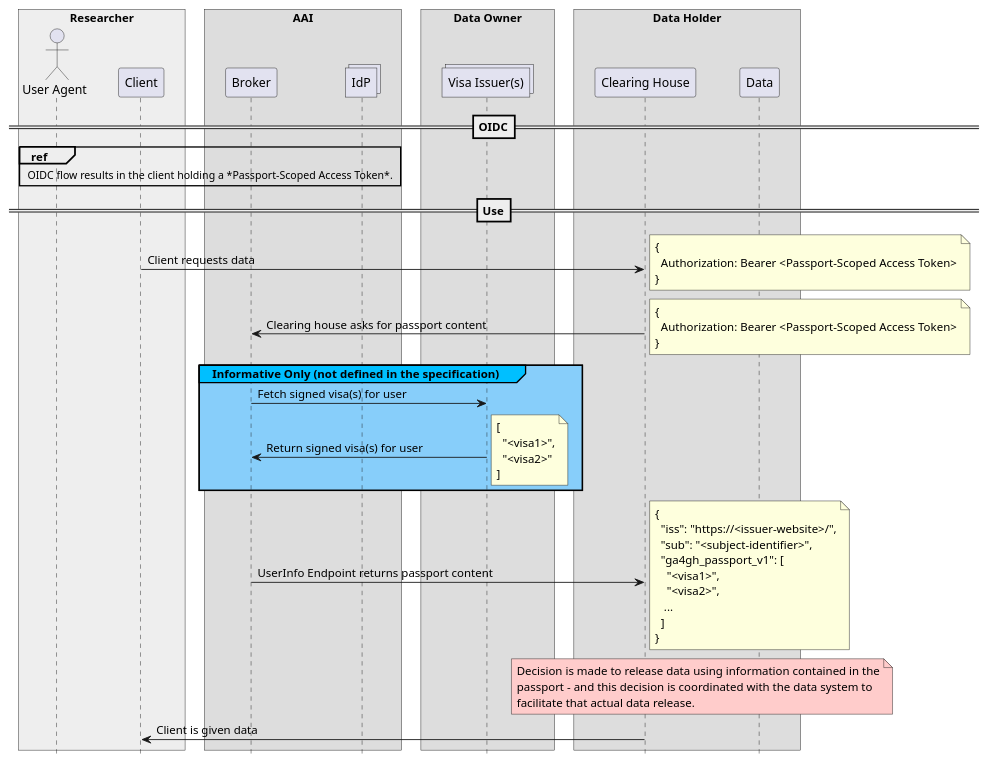
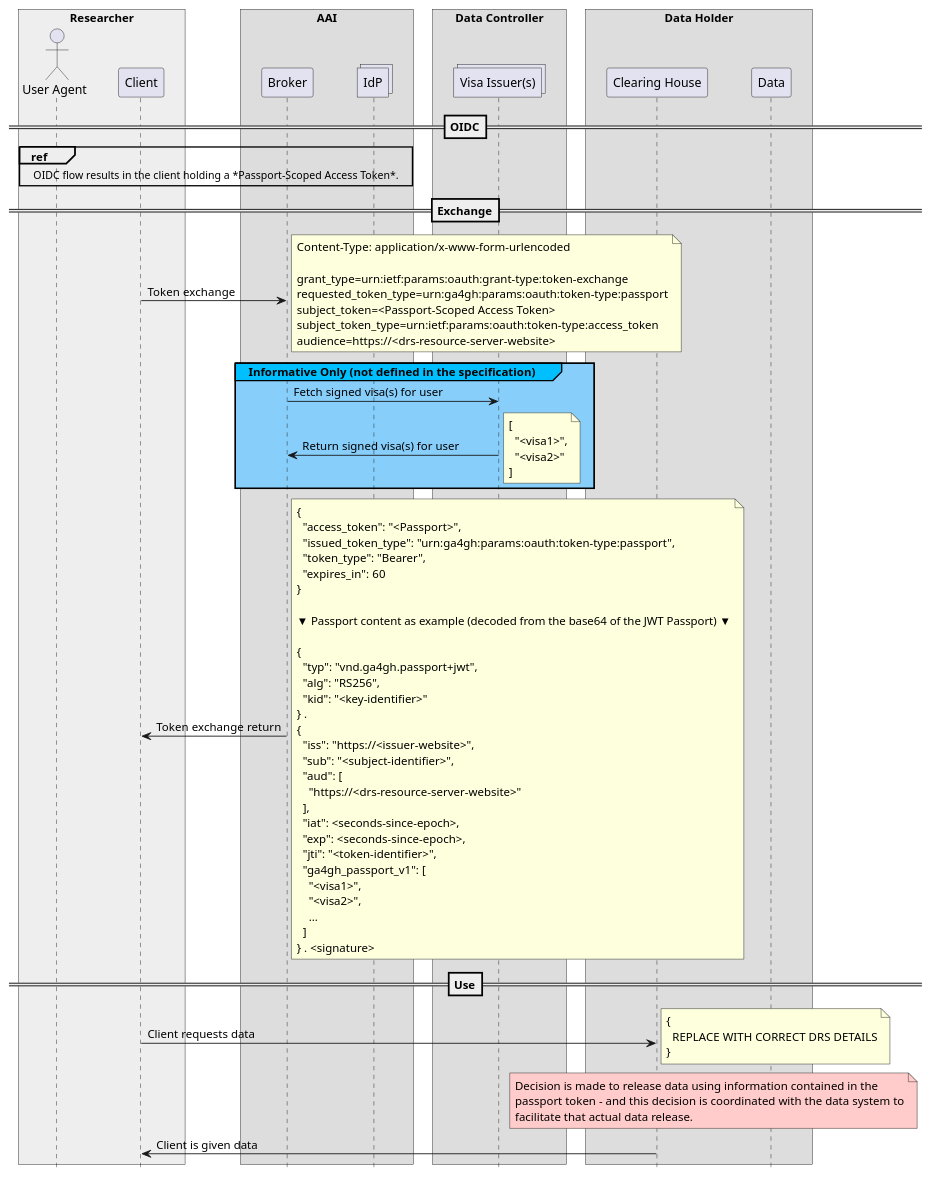
Before and after one commit to ga4gh/data-security: the first of 2 diagrams in AAI/FAQ.md, drawn with PlantUML. The commit also changed other lines of this file, not shown here.

Commit message:
Feedback incorporated

```diff
--- a/AAI/FAQ.md
+++ b/AAI/FAQ.md
@@ -38,7 +42,7 @@
 collections "IdP"                       as idps
 end box
 
-box "Data Owner"
+box "Data Controller"
 collections "Visa Issuer(s)"            as issuers
 end box
 
@@ -53,20 +57,17 @@
 OIDC flow results in the client holding a *Passport-Scoped Access Token*.
 end ref
 
-==Use==
+==Exchange==
 
-client -> clearing : Client requests data
+client -> broker : Token exchange
 note right
-{
-  Authorization: Bearer <Passport-Scoped Access Token>
-}
-end note
+Content-Type: application/x-www-form-urlencoded
 
-clearing -> broker : Clearing house asks for passport content
-note right
-{
-  Authorization: Bearer <Passport-Scoped Access Token>
-}
+grant_type=urn:ietf:params:oauth:grant-type:token-exchange
+requested_token_type=urn:ga4gh:params:oauth:token-type:passport
+subject_token=<Passport-Scoped Access Token>
+subject_token_type=urn:ietf:params:oauth:token-type:access_token
+audience=https://<drs-resource-server-website>
 end note
 
 group#DeepSkyBlue #LightSkyBlue Informative Only (not defined in the specification)
@@ -80,27 +81,54 @@
 end note
 end
 
-clearing <- broker : UserInfo Endpoint returns passport content
+client <- broker : Token exchange return
 note right
 {
-  "iss": "https://<issuer-website>/",
+  "access_token": "<Passport>",
+  "issued_token_type": "urn:ga4gh:params:oauth:token-type:passport",
+  "token_type": "Bearer",
+  "expires_in": 60
+}
+
+▼ Passport content as example (decoded from the base64 of the JWT Passport) ▼
+
+{
+  "typ": "vnd.ga4gh.passport+jwt",
+  "alg": "RS256",
+  "kid": "<key-identifier>"
+} .
+{
+  "iss": "https://<issuer-website>",
   "sub": "<subject-identifier>",
+  "aud": [
+    "https://<drs-resource-server-website>"
+  ],
+  "iat": <seconds-since-epoch>,
+  "exp": <seconds-since-epoch>,
+  "jti": "<token-identifier>",
   "ga4gh_passport_v1": [
     "<visa1>",
     "<visa2>",
-   ...
+    ...
   ]
+} . <signature>
+end note
+
+==Use==
+
+client -> clearing : Client requests data
+note right
+{
+  REPLACE WITH CORRECT DRS DETAILS
 }
 end note
 
-
 note over clearing, data  #FFCCCB
 Decision is made to release data using information contained in the
-passport - and this decision is coordinated with the data system to
+passport token - and this decision is coordinated with the data system to
 facilitate that actual data release.
 end note
 
 client <- clearing : Client is given data
 
-
 {% endplantuml %}
```
